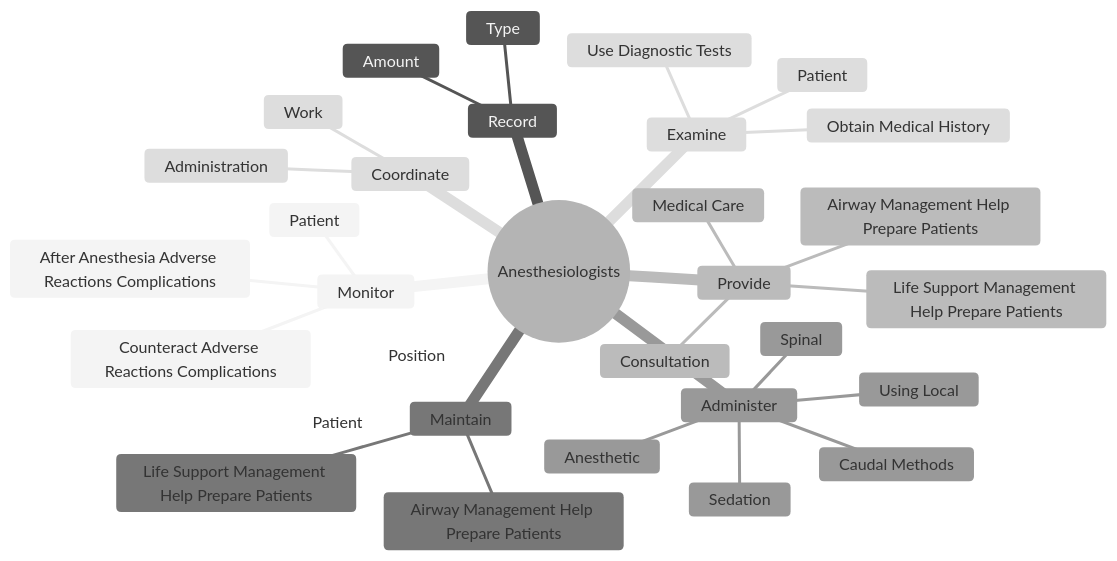
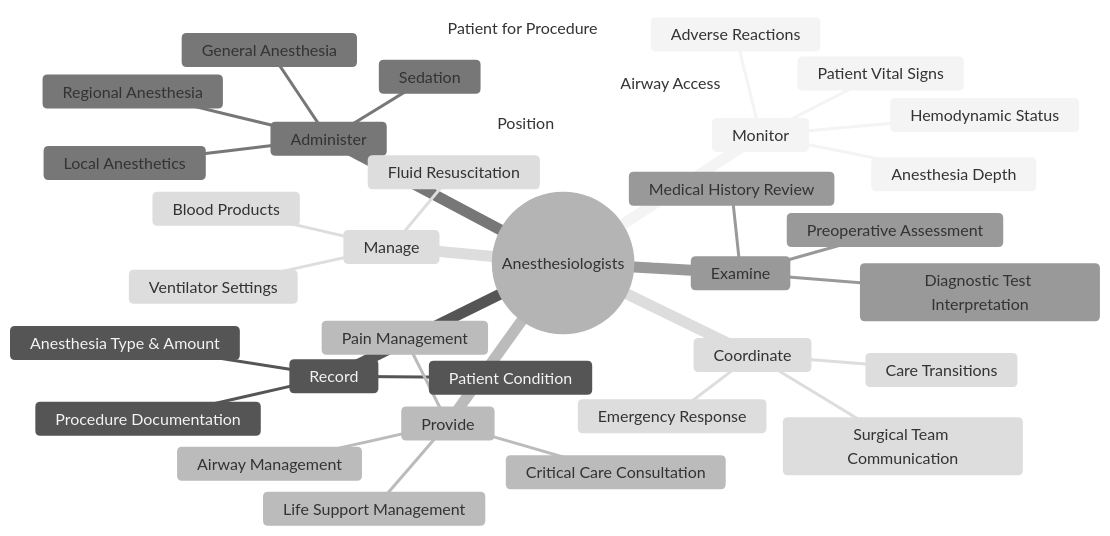
The second of 4 diagrams in occupations/HealthcarePractitioners/Anesthesiologists.mdx (kziemski/business.org.ai), drawn with Mermaid (neutral theme) before and after one commit. The commit also changed other lines of this file and 938 other files, not shown here.

````diff
--- a/occupations/HealthcarePractitioners/Anesthesiologists.mdx
+++ b/occupations/HealthcarePractitioners/Anesthesiologists.mdx
@@ -37,34 +45,38 @@
 ```mermaid
 mindmap
     root(("Anesthesiologists"))
         Monitor
-            Patient
-            After Anesthesia Adverse Reactions Complications
-            Counteract Adverse Reactions Complications
+            Patient Vital Signs
+            Anesthesia Depth
+            Adverse Reactions
+            Hemodynamic Status
         Record
-            Type
-            Amount
+            Anesthesia Type & Amount
+            Patient Condition
+            Procedure Documentation
         Provide
-            Life Support Management Help Prepare Patients
-            Airway Management Help Prepare Patients
-            Medical Care
-            Consultation
-        Maintain
-            Life Support Management Help Prepare Patients
-            Airway Management Help Prepare Patients
+            Life Support Management
+            Airway Management
+            Critical Care Consultation
+            Pain Management
         Administer
-            Anesthetic
+            General Anesthesia
+            Regional Anesthesia
             Sedation
-            Using Local
-            Spinal
-            Caudal Methods
+            Local Anesthetics
         Examine
-            Patient
-            Obtain Medical History
-            Use Diagnostic Tests
+            Preoperative Assessment
+            Medical History Review
+            Diagnostic Test Interpretation
+        Coordinate
+            Surgical Team Communication
+            Care Transitions
+            Emergency Response
         Position
-            Patient
-        Coordinate
-            Administration
-            Work
+            Patient for Procedure
+            Airway Access
+        Manage
+            Fluid Resuscitation
+            Blood Products
+            Ventilator Settings
 ```
````
